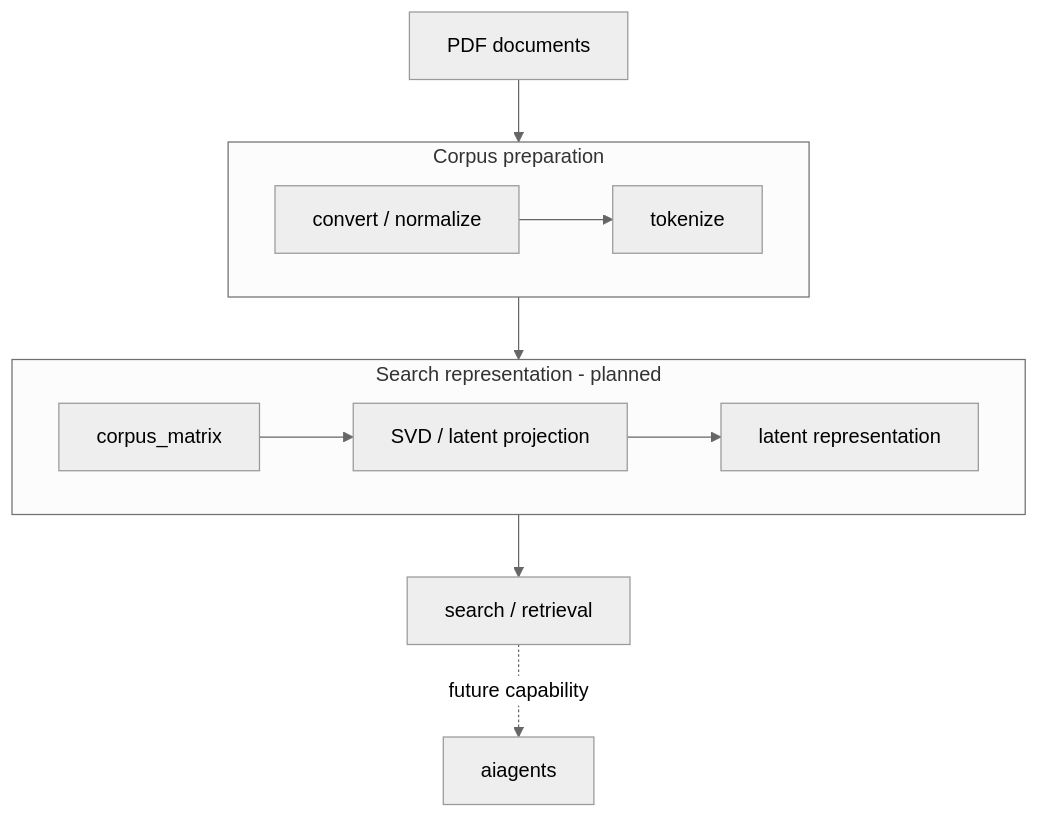
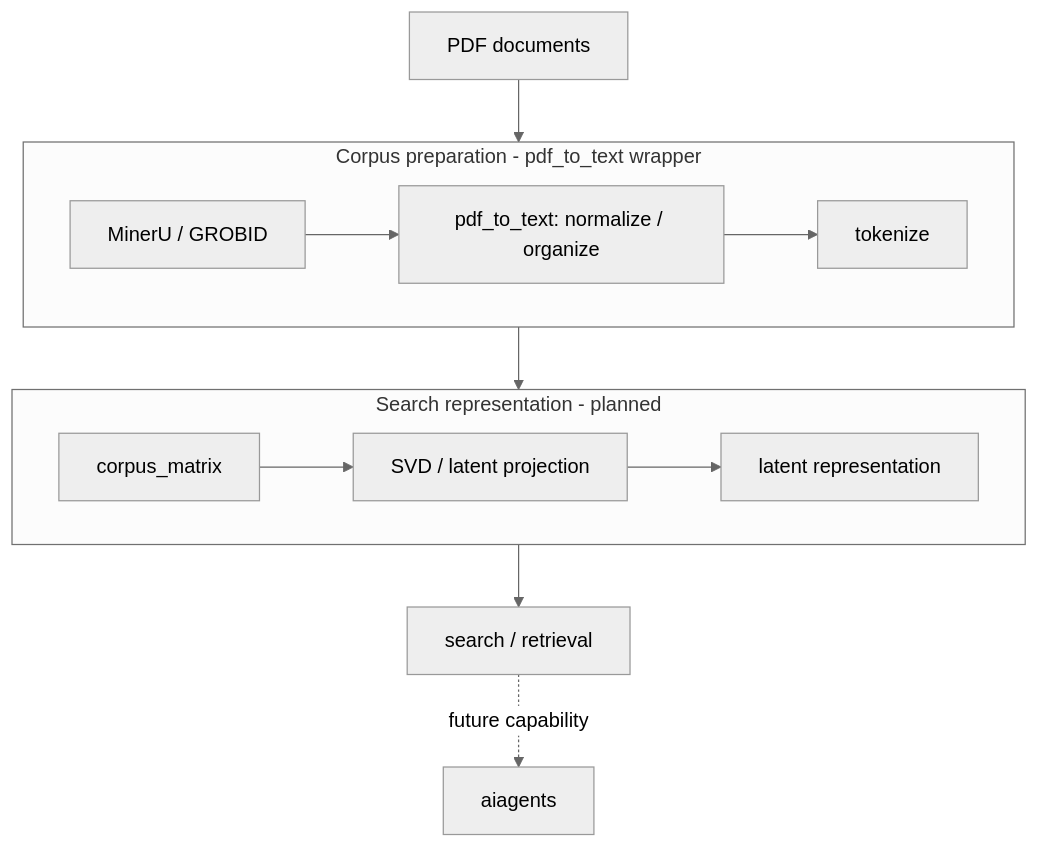
Before and after one commit to witold-k/witold-k: the third of 6 diagrams in README.md, drawn with Mermaid (neutral theme). The commit also changed other lines of this file, not shown here.

Commit message:
Clarify pdf_to_text wrapper and extraction backends

````diff
--- a/README.md
+++ b/README.md
@@ -48,19 +48,20 @@
 ```mermaid
 flowchart TB
     PDF[PDF documents]
 
-    subgraph PREP[Corpus preparation]
+    subgraph PREP[Corpus preparation - pdf_to_text wrapper]
         direction LR
-        CONVERT[convert / normalize] --> TOKENS[tokenize]
+        BACKENDS[MinerU / GROBID] --> CONVERT[pdf_to_text: normalize / organize]
+        CONVERT --> TOKENS[tokenize]
     end
 
     subgraph SEARCH[Search representation - planned]
         direction LR
         MATRIX[corpus_matrix] --> LSA[SVD / latent projection] --> LATENT[latent representation]
     end
 
-    PDF --> CONVERT
+    PDF --> BACKENDS
     TOKENS --> MATRIX
     LATENT --> RETRIEVE[search / retrieval]
     RETRIEVE -.->|future capability| AGENT[aiagents]
 ```
````
